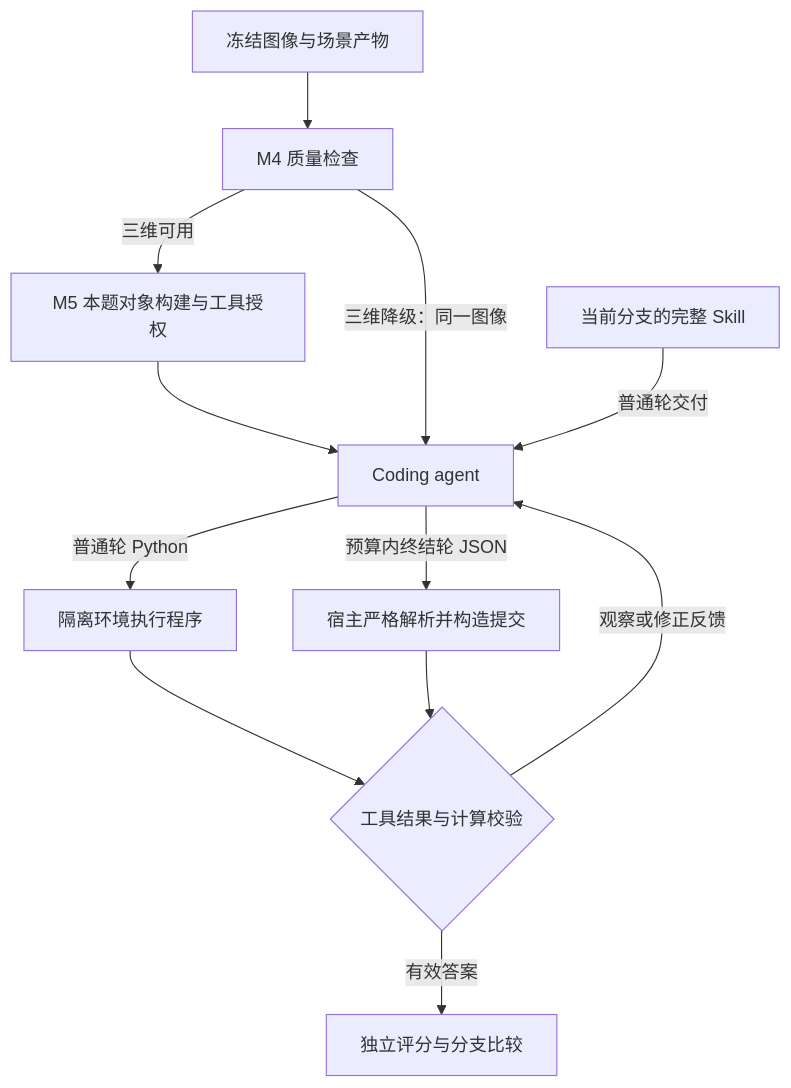
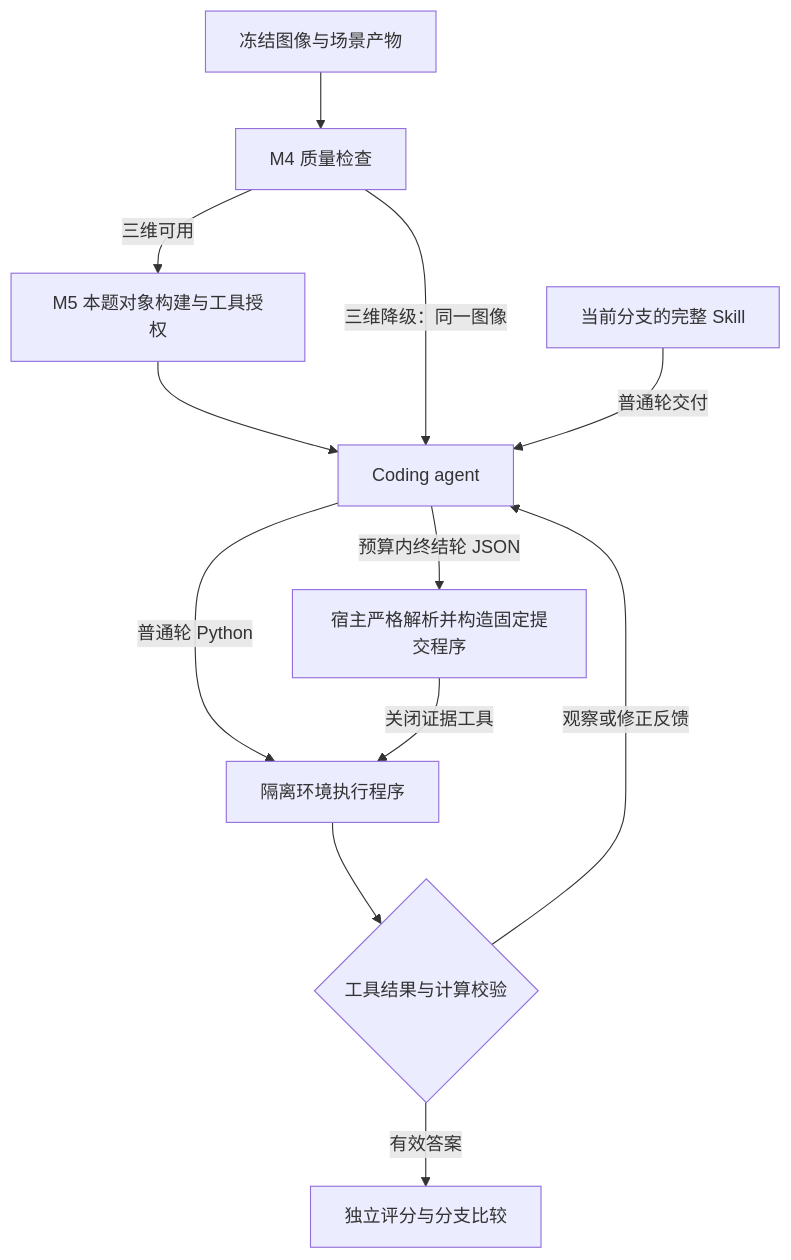
Before and after one commit to bigdatashushu/wjhICLR: the diagram in 系统架构v11.md, drawn with Mermaid. The commit also changed other lines of this file, not shown here.

Commit message:
docs: synchronize exact v11 architecture document and clarify runtime boundaries

````diff
--- a/系统架构v11.md
+++ b/系统架构v11.md
@@ -57,14 +62,14 @@
 ```mermaid
 flowchart TD
     A["冻结图像与场景产物"] --> B["M4 质量检查"]
     B -->|三维可用| P["M5 本题对象构建与工具授权"]
     P --> C["Coding agent"]
     B -->|三维降级：同一图像| C
     S["当前分支的完整 Skill"] -->|普通轮交付| C
     C -->|普通轮 Python| D["隔离环境执行程序"]
     D --> E{"工具结果与计算校验"}
-    C -->|预算内终结轮 JSON| J["宿主严格解析并构造提交"]
-    J --> E
+    C -->|预算内终结轮 JSON| J["宿主严格解析并构造固定提交程序"]
+    J -->|关闭证据工具| D
     E -->|观察或修正反馈| C
     E -->|有效答案| F["独立评分与分支比较"]
 ```
````
